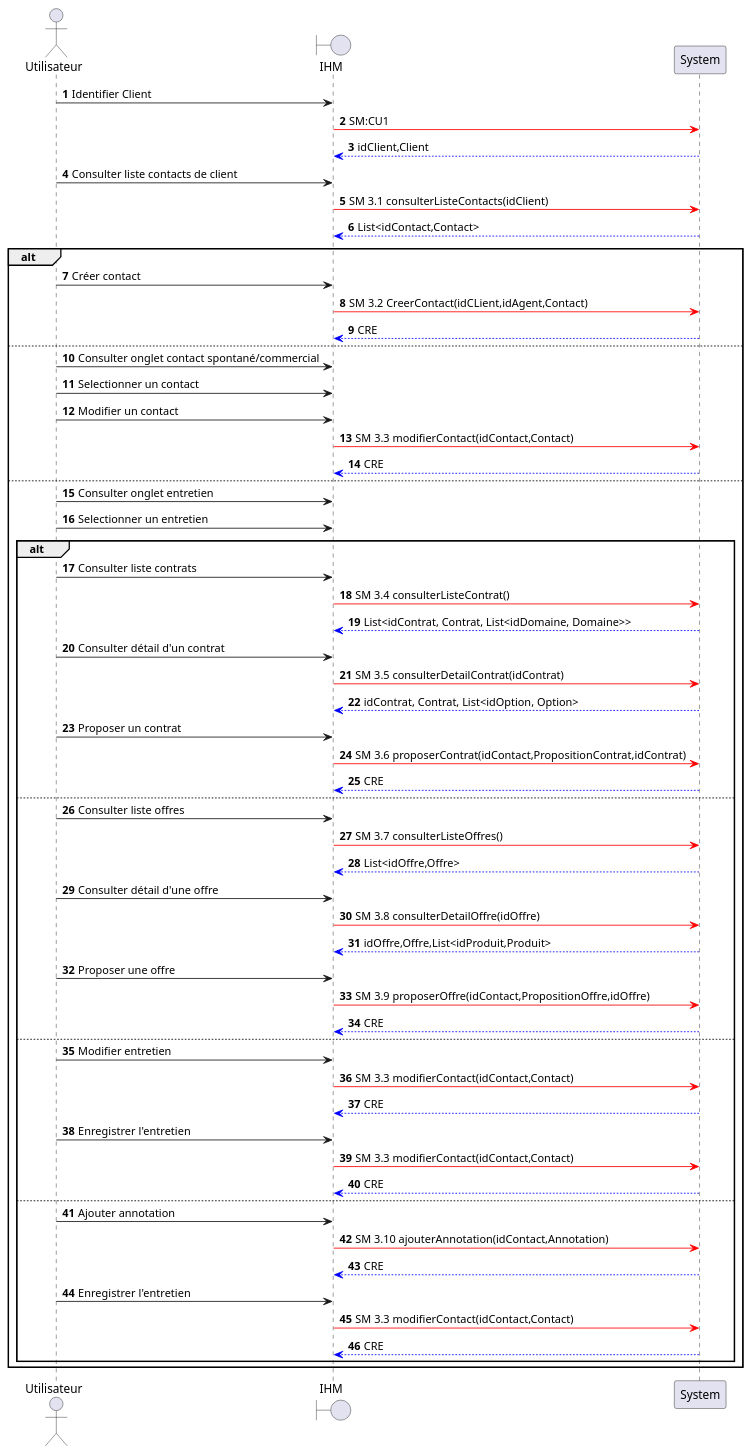
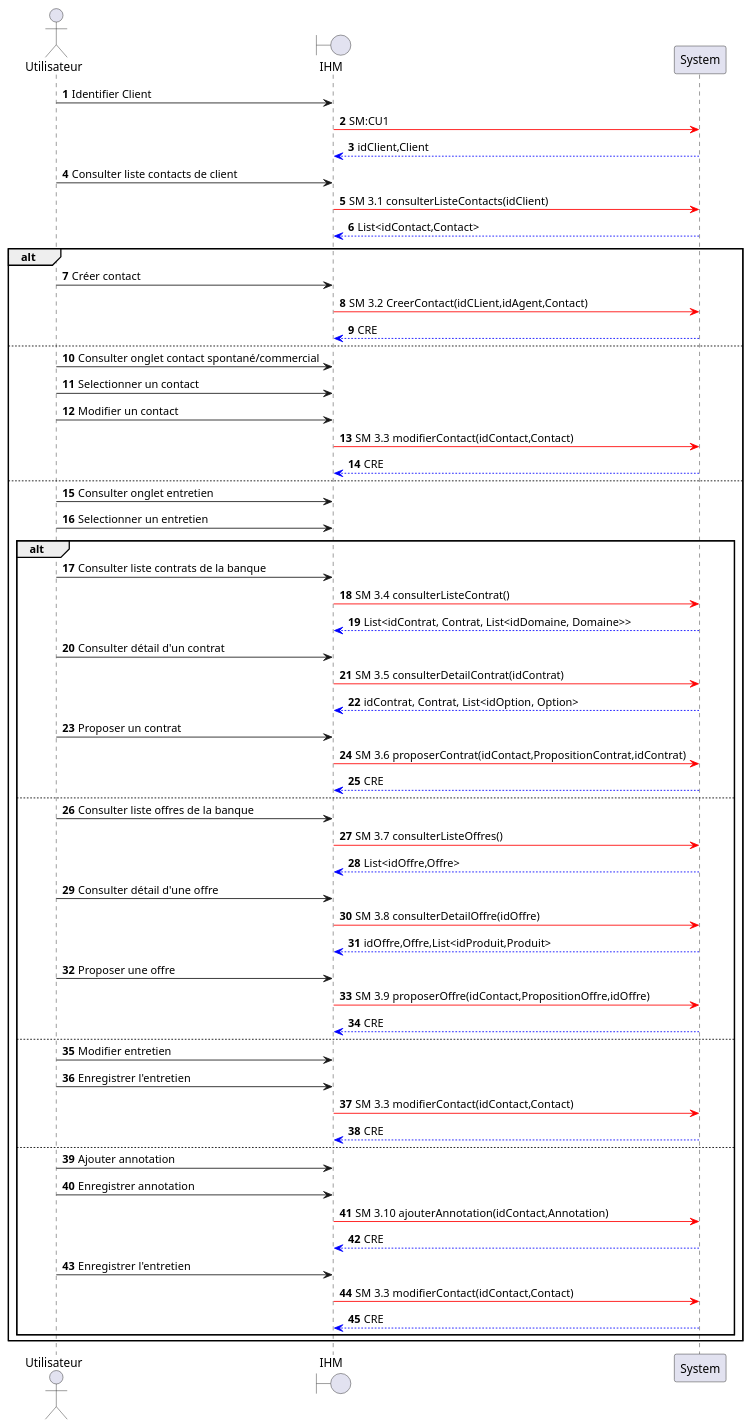
One commit to HZjiadong/PLD-MARS changed the diagram in src/documentation/CU3-DSS.puml. Above: the diagram before and after it, drawn with PlantUML. The commit also changed 1 other file, not shown here.

```diff
--- a/src/documentation/CU3-DSS.puml
+++ b/src/documentation/CU3-DSS.puml
@@ -1,68 +1,67 @@
 @startuml
 actor Utilisateur as U
 boundary IHM as I
 participant System as S
 
 autonumber
 U->I: Identifier Client
 I-[#red]>S: SM:CU1
 S-[#0000FF]->I: idClient,Client
 
 U->I: Consulter liste contacts de client
 I-[#red]>S: SM 3.1 consulterListeContacts(idClient)
 S-[#0000FF]->I: List<idContact,Contact>
 
 alt
     U->I: Créer contact
     I-[#red]>S: SM 3.2 CreerContact(idCLient,idAgent,Contact)
     S-[#0000FF]->I: CRE
 else
     U->I: Consulter onglet contact spontané/commercial
     U->I: Selectionner un contact
     U->I: Modifier un contact
     I-[#red]>S: SM 3.3 modifierContact(idContact,Contact)
     S-[#0000FF]->I: CRE
 else
     U->I: Consulter onglet entretien
     U->I: Selectionner un entretien
     alt
-        U->I: Consulter liste contrats
+        U->I: Consulter liste contrats de la banque
         I-[#red]>S: SM 3.4 consulterListeContrat()
         S-[#0000FF]->I: List<idContrat, Contrat, List<idDomaine, Domaine>>
         U->I: Consulter détail d'un contrat
         I-[#red]>S: SM 3.5 consulterDetailContrat(idContrat)
         S-[#0000FF]->I: idContrat, Contrat, List<idOption, Option>
         U->I: Proposer un contrat
         I-[#red]>S: SM 3.6 proposerContrat(idContact,PropositionContrat,idContrat)
         S-[#0000FF]->I: CRE
     else
-        U->I: Consulter liste offres
+        U->I: Consulter liste offres de la banque
         I-[#red]>S: SM 3.7 consulterListeOffres()
         S-[#0000FF]->I: List<idOffre,Offre>
         U->I: Consulter détail d'une offre
         I-[#red]>S: SM 3.8 consulterDetailOffre(idOffre)
         S-[#0000FF]->I: idOffre,Offre,List<idProduit,Produit>
         U->I: Proposer une offre
         I-[#red]>S: SM 3.9 proposerOffre(idContact,PropositionOffre,idOffre)
         S-[#0000FF]->I: CRE
     else
         U->I: Modifier entretien
+        U->I: Enregistrer l'entretien
         I-[#red]>S: SM 3.3 modifierContact(idContact,Contact)
         S-[#0000FF]->I: CRE
 
-        U->I: Enregistrer l'entretien
-        I-[#red]>S: SM 3.3 modifierContact(idContact,Contact)
-        S-[#0000FF]->I: CRE
     else
         U->I: Ajouter annotation
+        U->I: Enregistrer annotation
         I-[#red]>S: SM 3.10 ajouterAnnotation(idContact,Annotation)
         S-[#0000FF]->I: CRE
 
         U->I: Enregistrer l'entretien
         I-[#red]>S: SM 3.3 modifierContact(idContact,Contact)
         S-[#0000FF]->I: CRE
     end
 
 
 end
 @enduml
```
